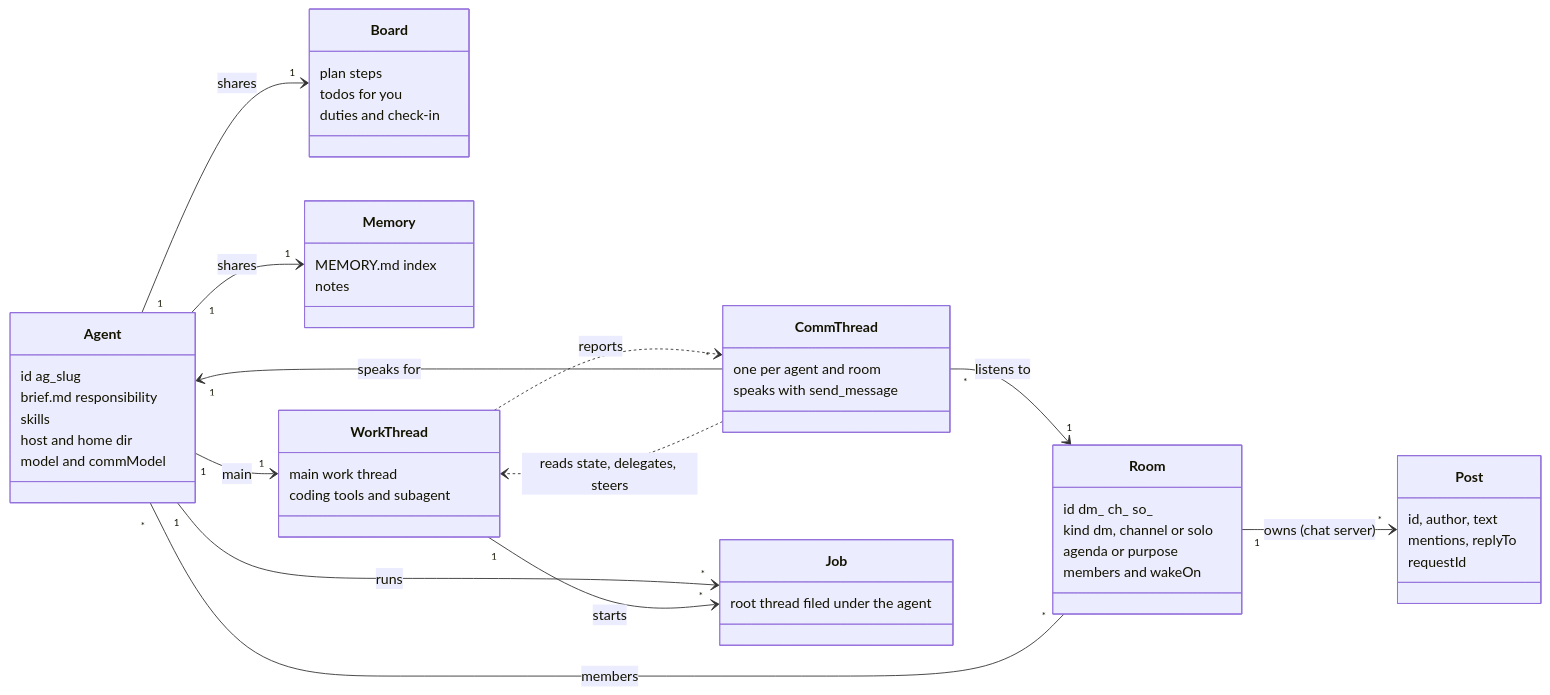
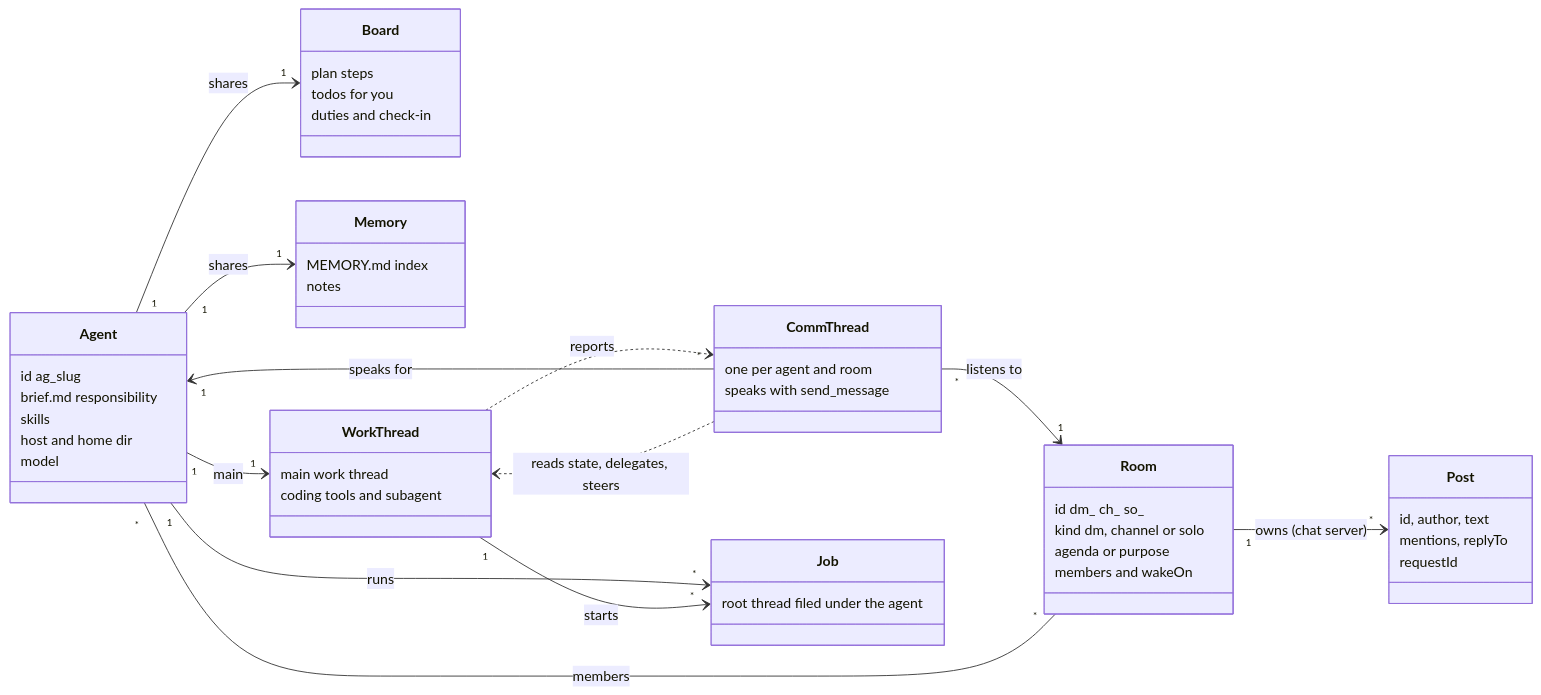
The first of 6 diagrams in apps/chat/docs/agent-model.md (sieu-n/sieun-pi), drawn with Mermaid before and after one commit. The commit also changed other lines of this file, not shown here.

Commit message:
docs(chat): comm threads run Opus 5.5 at high thinking like every thread (c31), and the comm-model open question is gone

````diff
--- a/apps/chat/docs/agent-model.md
+++ b/apps/chat/docs/agent-model.md
@@ -49,53 +49,53 @@
 ```mermaid
 classDiagram
   direction LR
   class Agent {
     id ag_slug
     brief.md responsibility
     skills
     host and home dir
-    model and commModel
+    model
   }
   class Board {
     plan steps
     todos for you
     duties and check-in
   }
   class Memory {
     MEMORY.md index
     notes
   }
   class Room {
     id dm_ ch_ so_
     kind dm, channel or solo
     agenda or purpose
     members and wakeOn
   }
   class Post {
     id, author, text
     mentions, replyTo
     requestId
   }
   class CommThread {
     one per agent and room
     speaks with send_message
   }
   class WorkThread {
     main work thread
     coding tools and subagent
   }
   class Job {
     root thread filed under the agent
   }
   Agent "1" --> "1" Board : shares
   Agent "1" --> "1" Memory : shares
   Agent "1" --> "1" WorkThread : main
   Agent "1" --> "*" Job : runs
   WorkThread "1" --> "*" Job : starts
   Room "1" --> "*" Post : owns (chat server)
   Room "*" -- "*" Agent : members
   CommThread "*" --> "1" Agent : speaks for
   CommThread "*" --> "1" Room : listens to
   CommThread ..> WorkThread : reads state, delegates, steers
   WorkThread ..> CommThread : reports
 ```
````
